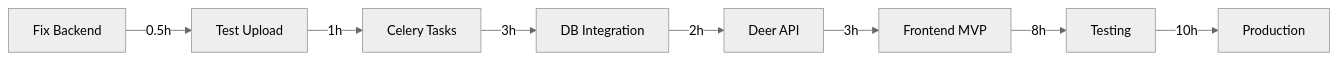
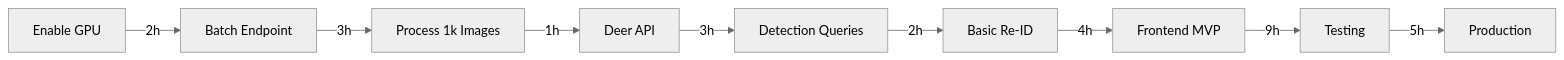
One commit to fdominguez1972/thumper_counter changed the diagram in .specify/plan.md. Above: the diagram before and after it, drawn with Mermaid (neutral theme). The commit also changed other lines of this file, not shown here.

First line of the commit message:
docs: update plan to v1.1.0 reflecting Phase 1 MVP completion

````diff
--- a/.specify/plan.md
+++ b/.specify/plan.md
@@ -170,10 +267,11 @@
 ```mermaid
 graph LR
-    A[Fix Backend] -->|0.5h| B[Test Upload]
-    B -->|1h| C[Celery Tasks]
-    C -->|3h| D[DB Integration]
-    D -->|2h| E[Deer API]
-    E -->|3h| F[Frontend MVP]
-    F -->|8h| G[Testing]
-    G -->|10h| H[Production]
+    A[Enable GPU] -->|2h| B[Batch Endpoint]
+    B -->|3h| C[Process 1k Images]
+    C -->|1h| D[Deer API]
+    D -->|3h| E[Detection Queries]
+    E -->|2h| F[Basic Re-ID]
+    F -->|4h| G[Frontend MVP]
+    G -->|9h| H[Testing]
+    H -->|5h| I[Production]
 ```
````
